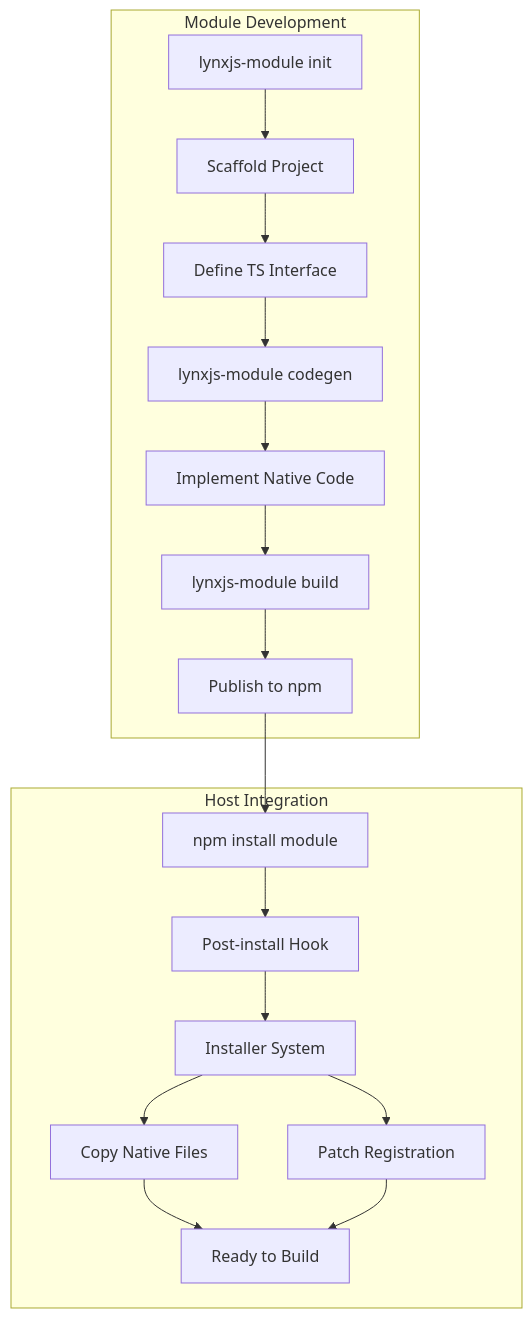
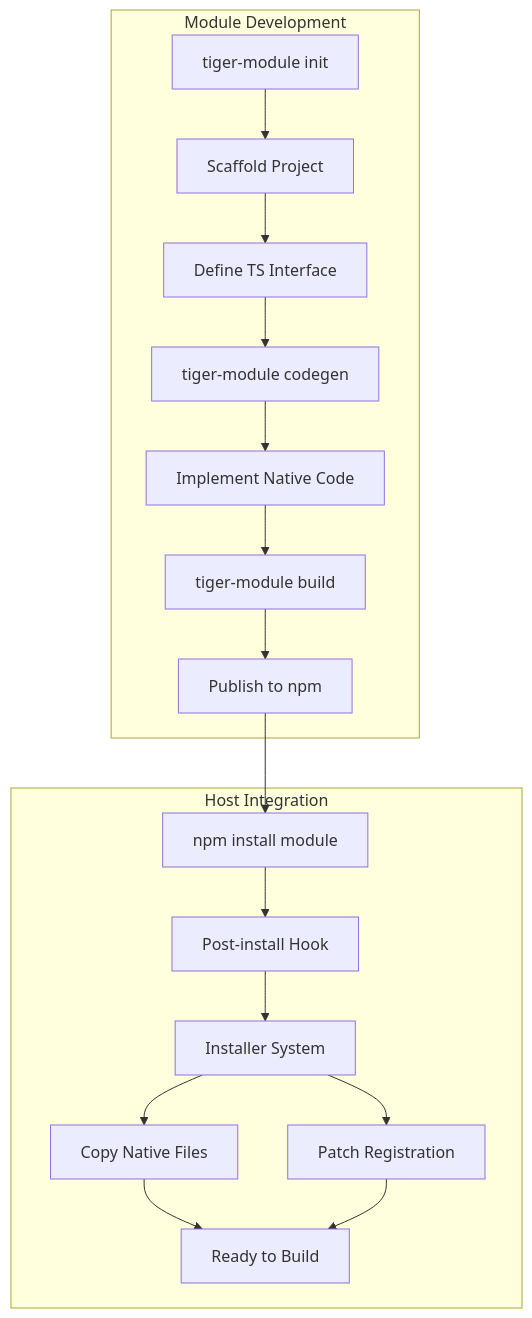
Before and after one commit to HimanshuKumarDutt094/tiger-modules: the first of 2 diagrams in .kiro/specs/lynxjs-module-installer/design.md, drawn with Mermaid. The commit also changed other lines of this file and 51 other files, not shown here.

Commit message:
rebrand to tiger-module name cuz its sick

````diff
--- a/.kiro/specs/lynxjs-module-installer/design.md
+++ b/.kiro/specs/lynxjs-module-installer/design.md
@@ -17,22 +17,22 @@
 ```mermaid
 graph TB
     subgraph "Module Development"
-        A[lynxjs-module init] --> B[Scaffold Project]
+        A[tiger-module init] --> B[Scaffold Project]
         B --> C[Define TS Interface]
-        C --> D[lynxjs-module codegen]
+        C --> D[tiger-module codegen]
         D --> E[Implement Native Code]
-        E --> F[lynxjs-module build]
+        E --> F[tiger-module build]
         F --> G[Publish to npm]
     end
 
     subgraph "Host Integration"
         H[npm install module] --> I[Post-install Hook]
         I --> J[Installer System]
         J --> K[Copy Native Files]
         J --> L[Patch Registration]
         K --> M[Ready to Build]
         L --> M
     end
 
     G --> H
 ```
````
